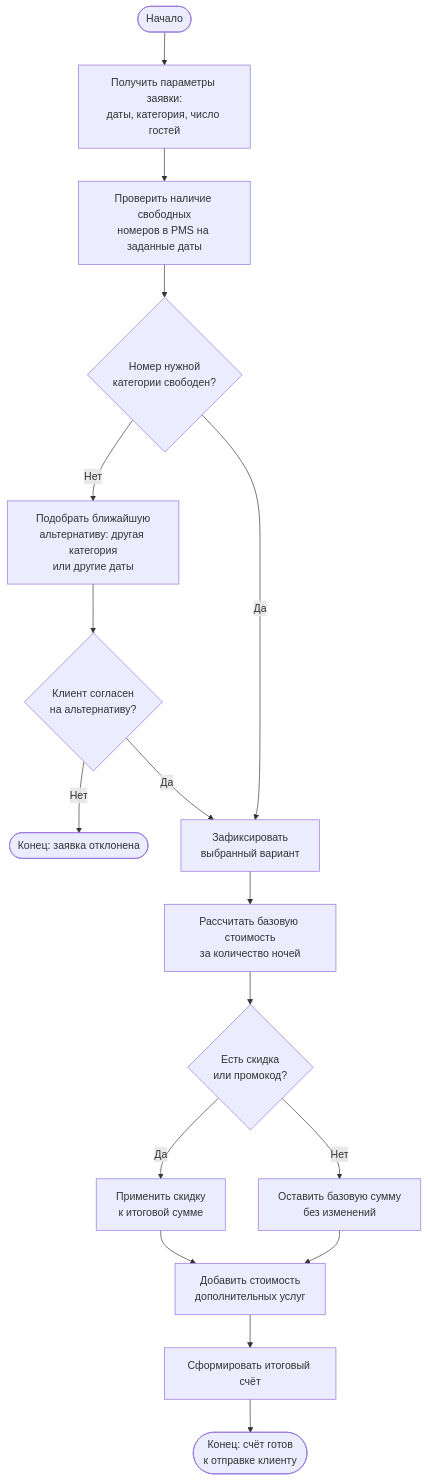
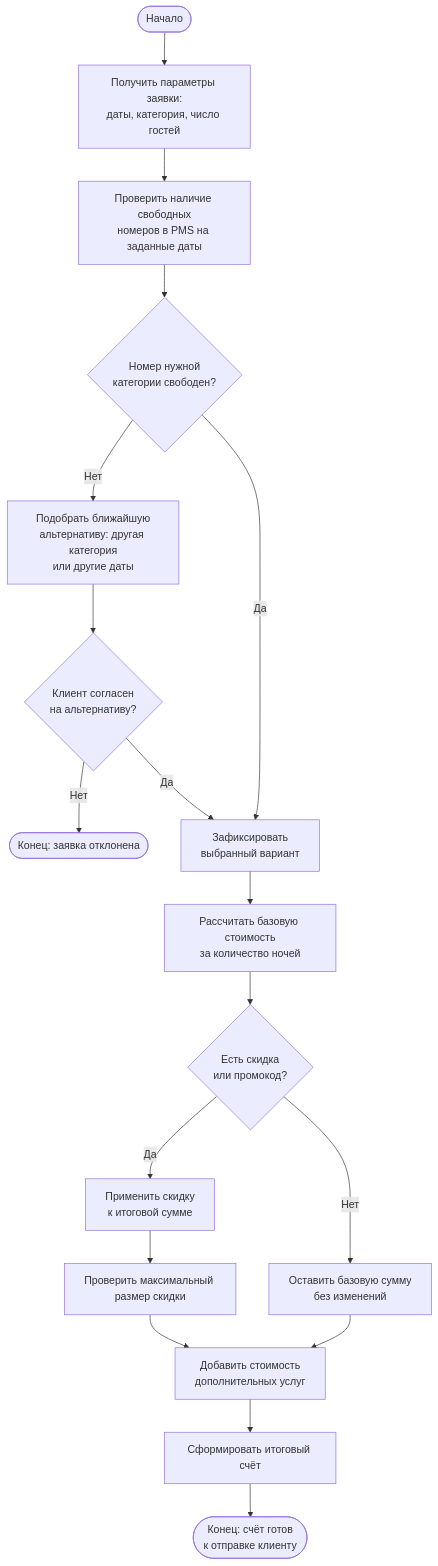
One commit to sanflury/visual-programming-labs-Kotok changed the diagram in lab1/docs/flowchart.md. Above: the diagram before and after it, drawn with Mermaid. The commit also changed 1 other file, not shown here.

Commit message:
Update Mermaid diagrams

````diff
--- a/lab1/docs/flowchart.md
+++ b/lab1/docs/flowchart.md
@@ -6,32 +6,33 @@
 ```mermaid
 flowchart TD
     A([Начало]) --> B[Получить параметры заявки:
 даты, категория, число гостей]
     B --> C[Проверить наличие свободных
 номеров в PMS на заданные даты]
     C --> D{Номер нужной
 категории свободен?}
     D -- Нет --> E[Подобрать ближайшую
 альтернативу: другая категория
 или другие даты]
     E --> F{Клиент согласен
 на альтернативу?}
     F -- Нет --> G([Конец: заявка отклонена])
     F -- Да --> H[Зафиксировать
 выбранный вариант]
     D -- Да --> H
     H --> I[Рассчитать базовую стоимость
 за количество ночей]
     I --> J{Есть скидка
 или промокод?}
     J -- Да --> K[Применить скидку
 к итоговой сумме]
     J -- Нет --> L[Оставить базовую сумму
 без изменений]
-    K --> M[Добавить стоимость
+    K --> K2[Проверить максимальный размер скидки]
+    K2 --> M[Добавить стоимость
 дополнительных услуг]
     L --> M
     M --> N[Сформировать итоговый счёт]
     N --> O([Конец: счёт готов
 к отправке клиенту])
 ```
````
